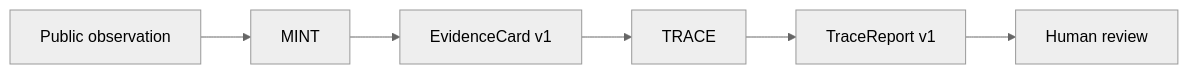
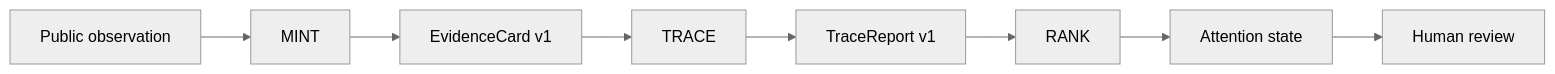
The diagram in docs/architecture.md (CRYPTANSKY/morchel), drawn with Mermaid (neutral theme) before and after one commit. The commit also changed other lines of this file and 6 other files, not shown here.

````diff
--- a/docs/architecture.md
+++ b/docs/architecture.md
@@ -5,8 +5,10 @@
 ```mermaid
 flowchart LR
     O[Public observation] --> M[MINT]
     M --> C[EvidenceCard v1]
     C --> T[TRACE]
     T --> R[TraceReport v1]
-    R --> H[Human review]
+    R --> K[RANK]
+    K --> D[Attention state]
+    D --> H[Human review]
 ```
````
